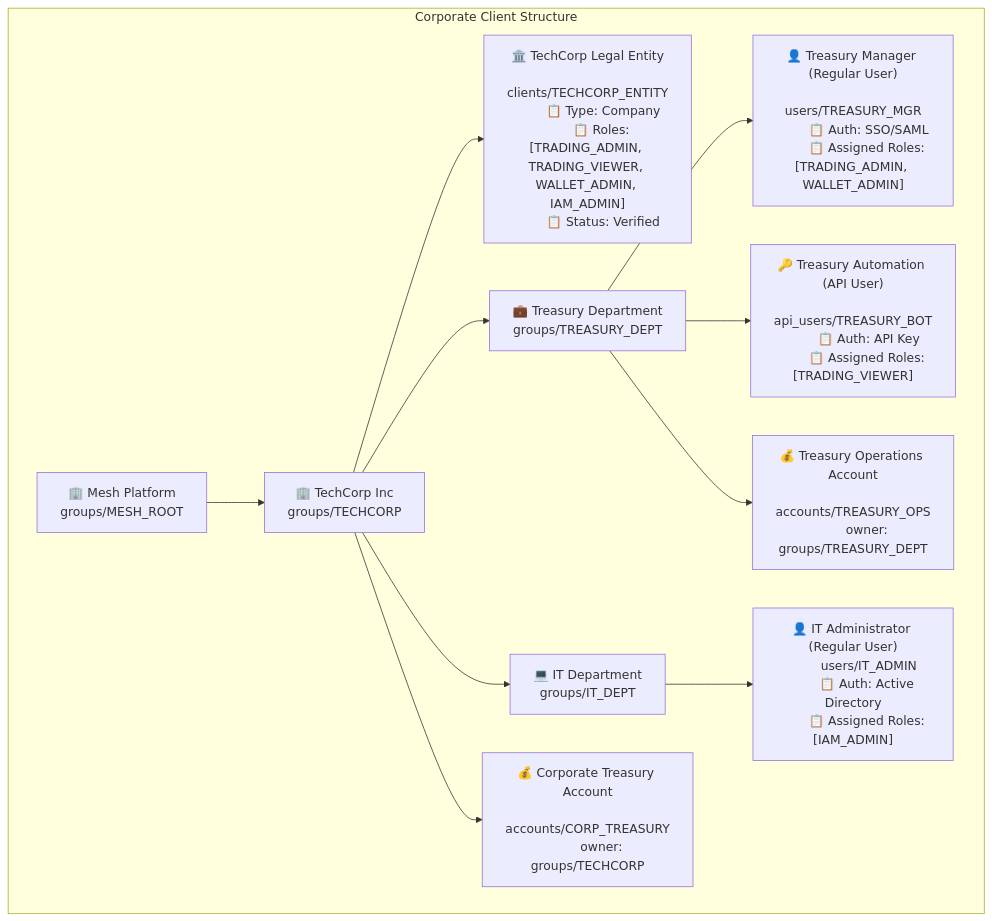
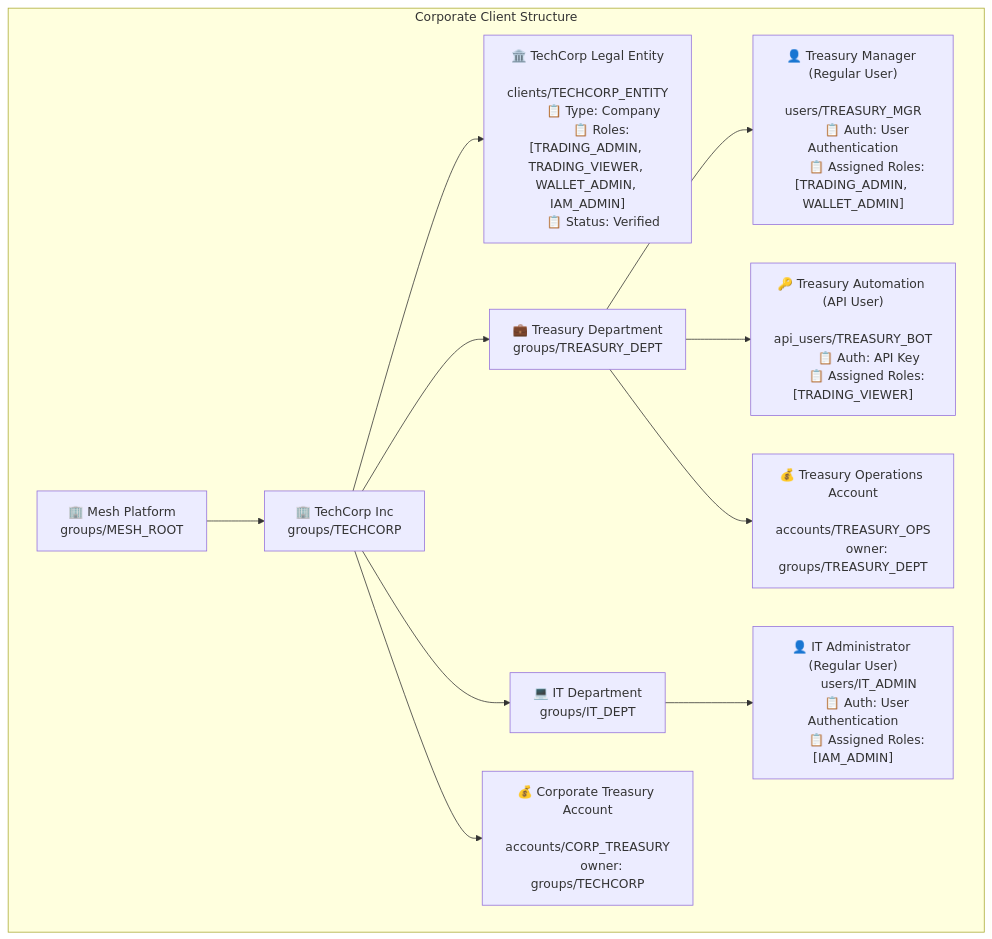
The third of 9 diagrams in docs/docs/architecture/client-structuring.mdx (meshtrade/api), drawn with Mermaid before and after one commit. The commit also changed other lines of this file, not shown here.

First line of the commit message:
docs: improve client-structuring documentation and diagrams

````diff
--- a/docs/docs/architecture/client-structuring.mdx
+++ b/docs/docs/architecture/client-structuring.mdx
@@ -192,53 +192,53 @@
 ```mermaid
 graph TD
     subgraph "Corporate Client Structure"
         MeshRoot["🏢 Mesh Platform
         groups/MESH_ROOT"]
 
         CorpGroup["🏢 TechCorp Inc
         groups/TECHCORP"]
         CorpClient["🏛️ TechCorp Legal Entity
         clients/TECHCORP_ENTITY
         📋 Type: Company
         📋 Roles: [TRADING_ADMIN, TRADING_VIEWER, WALLET_ADMIN, IAM_ADMIN]
         📋 Status: Verified"]
 
         TreasuryGroup["💼 Treasury Department
         groups/TREASURY_DEPT"]
         ITGroup["💻 IT Department
         groups/IT_DEPT"]
 
         TreasuryManager["👤 Treasury Manager (Regular User)
         users/TREASURY_MGR
-        📋 Auth: SSO/SAML
+        📋 Auth: User Authentication
         📋 Assigned Roles: [TRADING_ADMIN, WALLET_ADMIN]"]
 
         TreasuryBot["🔑 Treasury Automation (API User)
         api_users/TREASURY_BOT
         📋 Auth: API Key
         📋 Assigned Roles: [TRADING_VIEWER]"]
 
         ITAdmin["👤 IT Administrator (Regular User)
         users/IT_ADMIN
-        📋 Auth: Active Directory
+        📋 Auth: User Authentication
         📋 Assigned Roles: [IAM_ADMIN]"]
 
         CorporateAccount["💰 Corporate Treasury Account
         accounts/CORP_TREASURY
         owner: groups/TECHCORP"]
 
         DeptAccount["💰 Treasury Operations Account
         accounts/TREASURY_OPS
         owner: groups/TREASURY_DEPT"]
 
         MeshRoot --> CorpGroup
         CorpGroup --> CorpClient
         CorpGroup --> TreasuryGroup
         CorpGroup --> ITGroup
         TreasuryGroup --> TreasuryManager
         TreasuryGroup --> TreasuryBot
         ITGroup --> ITAdmin
         CorpGroup --> CorporateAccount
         TreasuryGroup --> DeptAccount
     end
 ```
````
